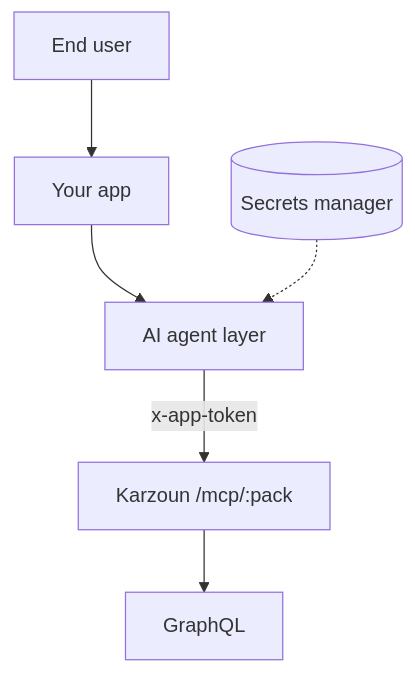
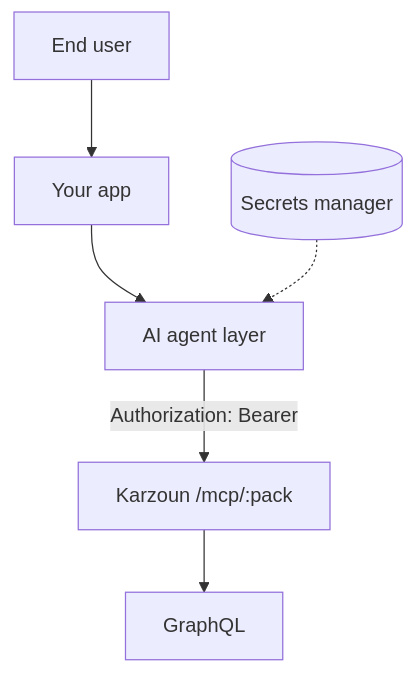
Before and after one commit to KarzounApps/docs: the diagram in mcp-server/setup/hosted.mdx, drawn with Mermaid. The commit also changed other lines of this file and 41 other files, not shown here.

````diff
--- a/mcp-server/setup/hosted.mdx
+++ b/mcp-server/setup/hosted.mdx
@@ -113,8 +113,8 @@
 ```mermaid
 flowchart TB
   User[End user] --> App[Your app]
   App --> Agent[AI agent layer]
-  Agent -->|x-app-token| MCP["Karzoun /mcp/:pack"]
+  Agent -->|Authorization: Bearer| MCP["Karzoun /mcp/:pack"]
   MCP --> GQL[GraphQL]
   Secrets[(Secrets manager)] -.-> Agent
 ```
````
